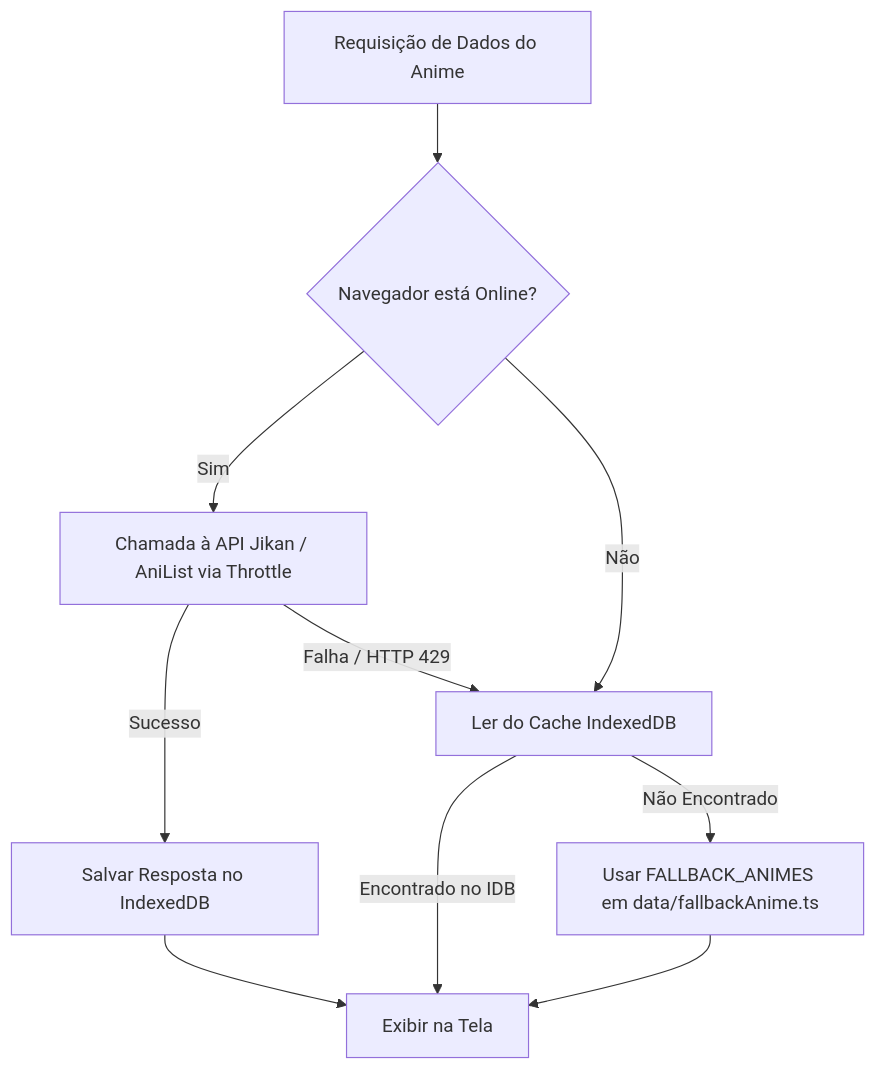
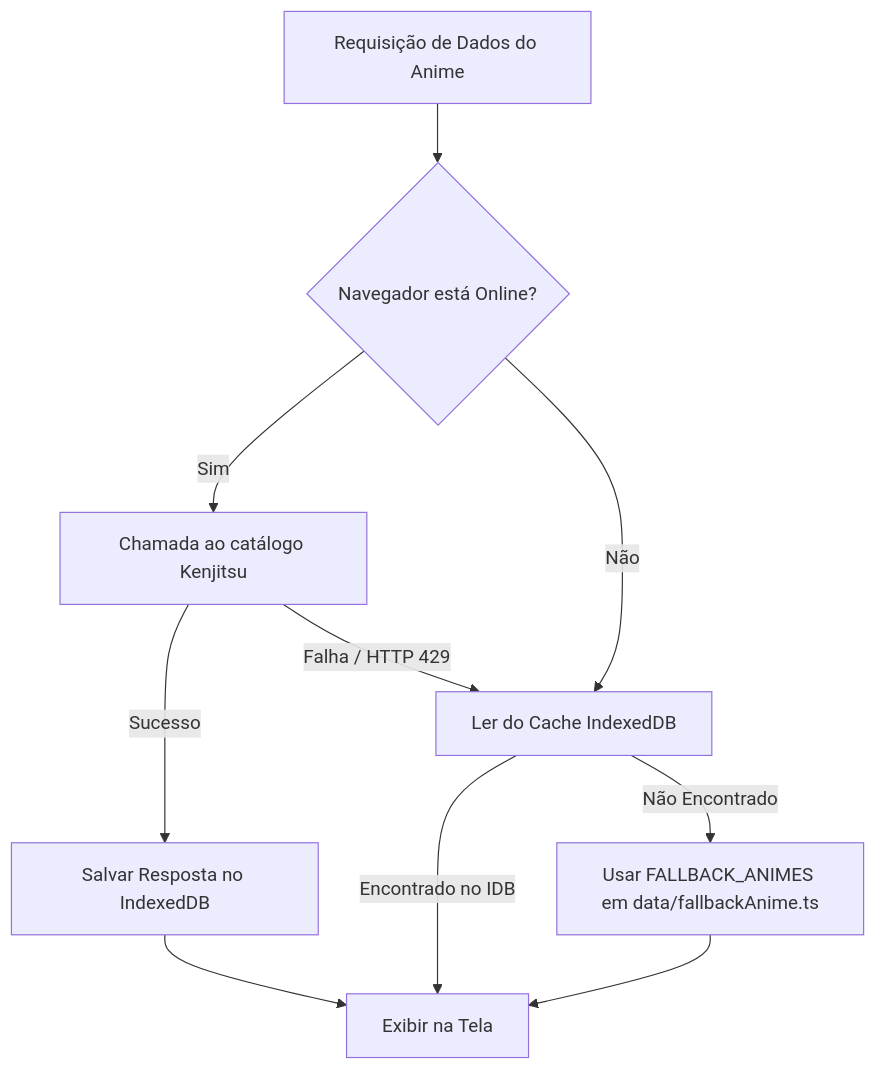
The diagram in docs/07-OFFLINE-E-CACHE-IDB.md (eosoda/anistream), drawn with Mermaid before and after one commit. The commit also changed 39 other files, not shown here.

````diff
--- a/docs/07-OFFLINE-E-CACHE-IDB.md
+++ b/docs/07-OFFLINE-E-CACHE-IDB.md
@@ -32,10 +32,10 @@
 ```mermaid
 graph TD
     Req[Requisição de Dados do Anime] --> OnlineCheck{Navegador está Online?}
-    OnlineCheck -- Sim --> FetchAPI[Chamada à API Jikan / AniList via Throttle]
+    OnlineCheck -- Sim --> FetchAPI[Chamada ao catálogo Kenjitsu]
     FetchAPI -- Sucesso --> SaveIDB[Salvar Resposta no IndexedDB] --> ReturnData[Exibir na Tela]
     FetchAPI -- Falha / HTTP 429 --> ReadIDB[Ler do Cache IndexedDB]
     OnlineCheck -- Não --> ReadIDB
     ReadIDB -- Encontrado no IDB --> ReturnData
     ReadIDB -- Não Encontrado --> FallbackData[Usar FALLBACK_ANIMES em data/fallbackAnime.ts] --> ReturnData
 ```
````
